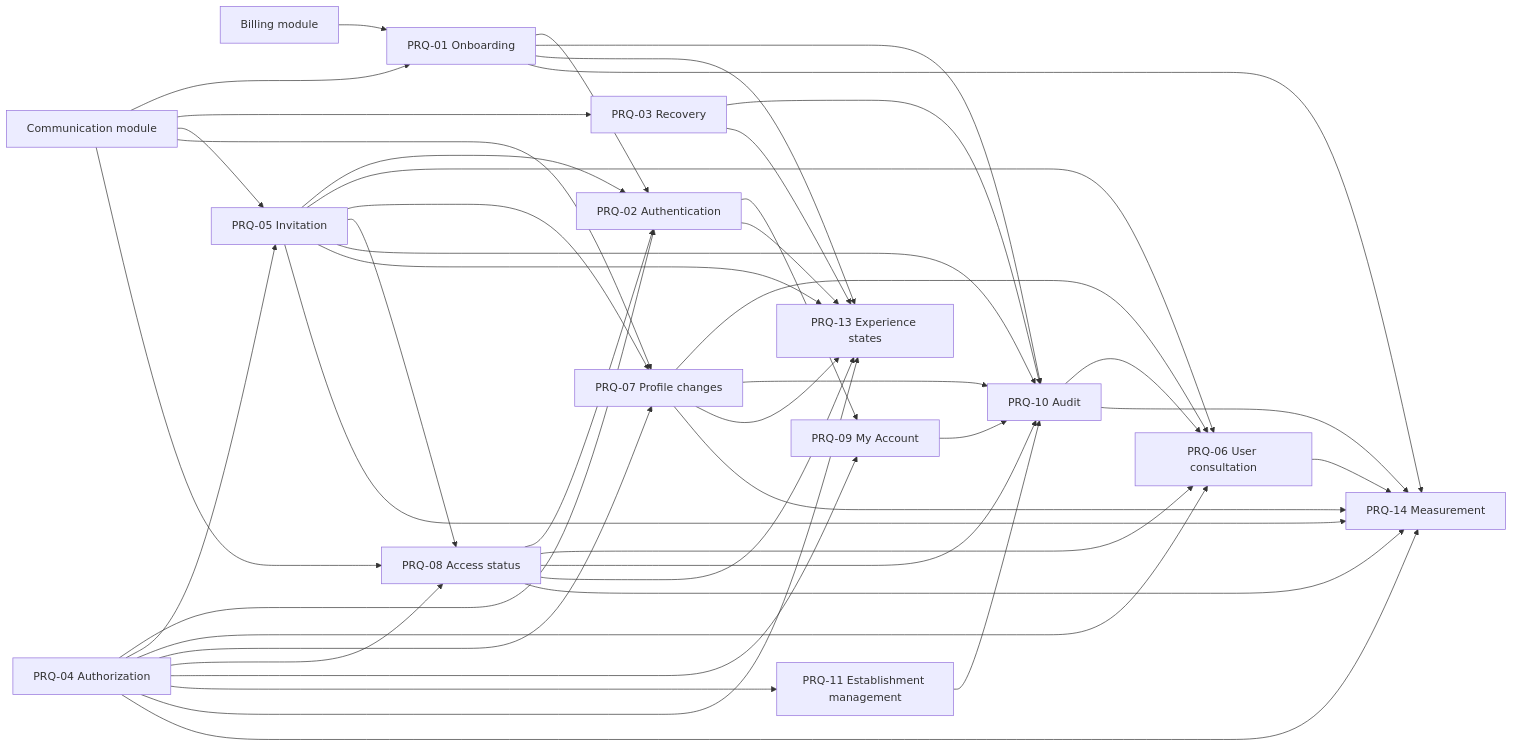
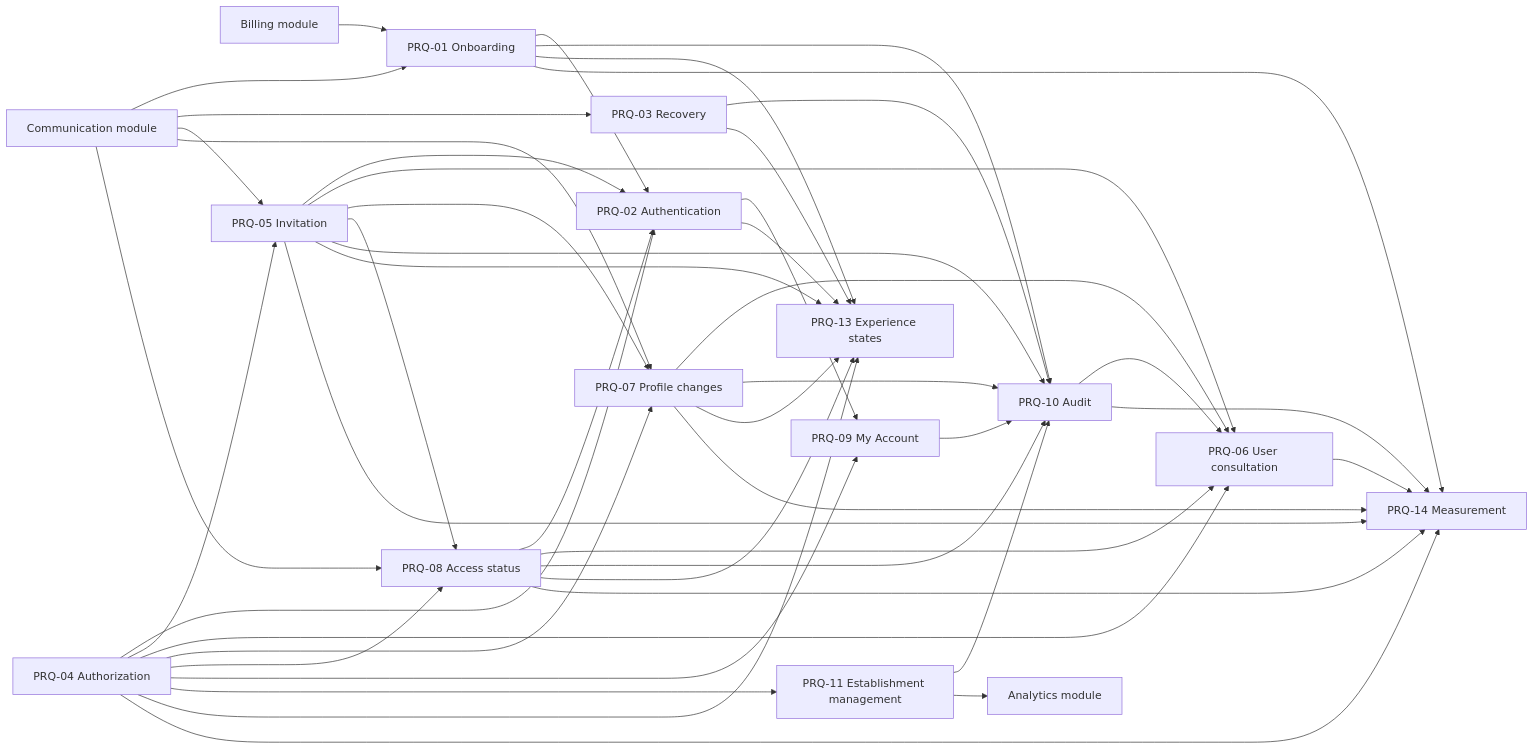
One commit to rafinel/scoops changed the diagram in documentation/prds/identity.md. Above: the diagram before and after it, drawn with Mermaid. The commit also changed other lines of this file and 13 other files, not shown here.

````diff
--- a/documentation/prds/identity.md
+++ b/documentation/prds/identity.md
@@ -627,52 +636,53 @@
 ```mermaid
 flowchart LR
     Billing["Billing module"] --> PRQ01["PRQ-01 Onboarding"]
     Communication["Communication module"] --> PRQ01
     Communication --> PRQ03["PRQ-03 Recovery"]
     Communication --> PRQ05["PRQ-05 Invitation"]
     Communication --> PRQ07["PRQ-07 Profile changes"]
     Communication --> PRQ08["PRQ-08 Access status"]
 
     PRQ01 --> PRQ02["PRQ-02 Authentication"]
     PRQ01 --> PRQ10["PRQ-10 Audit"]
     PRQ01 --> PRQ13["PRQ-13 Experience states"]
     PRQ01 --> PRQ14["PRQ-14 Measurement"]
 
     PRQ02 --> PRQ09["PRQ-09 My Account"]
     PRQ02 --> PRQ13
     PRQ03 --> PRQ10
     PRQ03 --> PRQ13
 
     PRQ04["PRQ-04 Authorization"] --> PRQ02
     PRQ04 --> PRQ05
     PRQ04 --> PRQ06["PRQ-06 User consultation"]
     PRQ04 --> PRQ07
     PRQ04 --> PRQ08
     PRQ04 --> PRQ09
     PRQ04 --> PRQ11["PRQ-11 Establishment management"]
     PRQ04 --> PRQ13
     PRQ04 --> PRQ14
 
     PRQ05 --> PRQ02
     PRQ05 --> PRQ06
     PRQ05 --> PRQ07
     PRQ05 --> PRQ08
     PRQ05 --> PRQ10
     PRQ05 --> PRQ13
     PRQ05 --> PRQ14
 
     PRQ06 --> PRQ14
     PRQ07 --> PRQ06
     PRQ07 --> PRQ10
     PRQ07 --> PRQ13
     PRQ07 --> PRQ14
     PRQ08 --> PRQ02
     PRQ08 --> PRQ06
     PRQ08 --> PRQ10
     PRQ08 --> PRQ13
     PRQ08 --> PRQ14
     PRQ09 --> PRQ10
     PRQ10 --> PRQ06
     PRQ10 --> PRQ14
     PRQ11 --> PRQ10
+    PRQ11 --> Analytics["Analytics module"]
 ```
````
